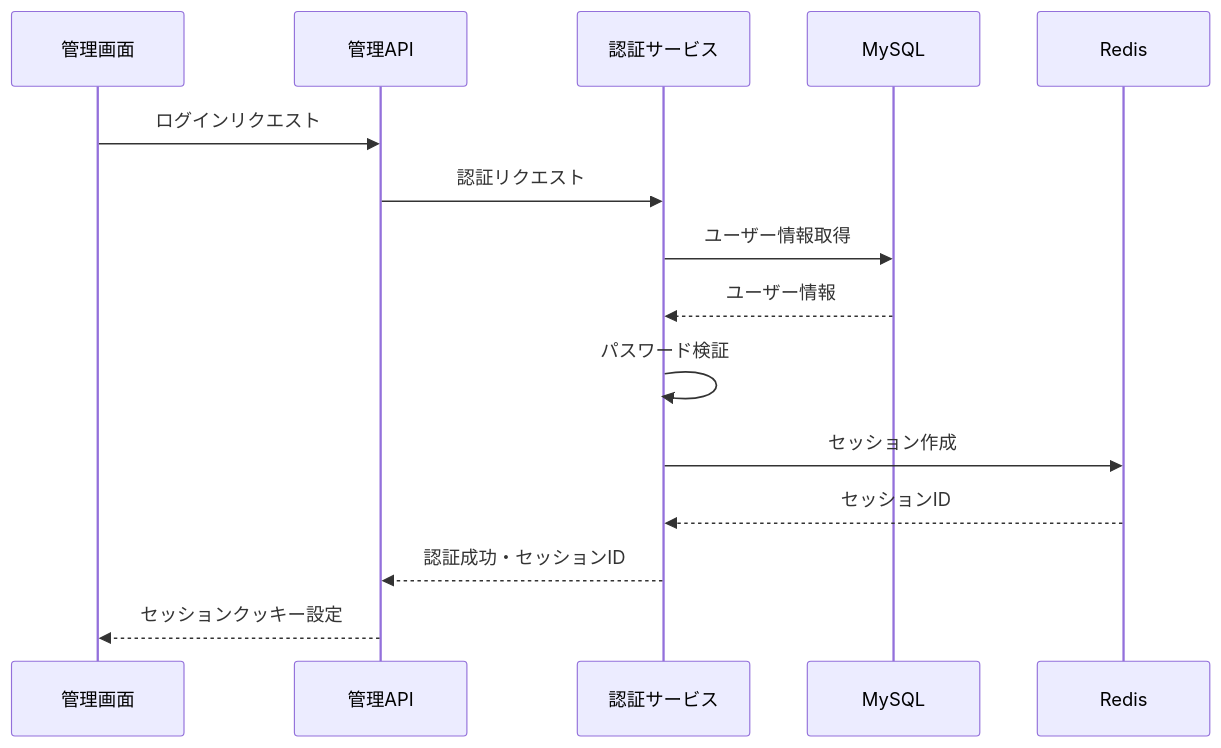
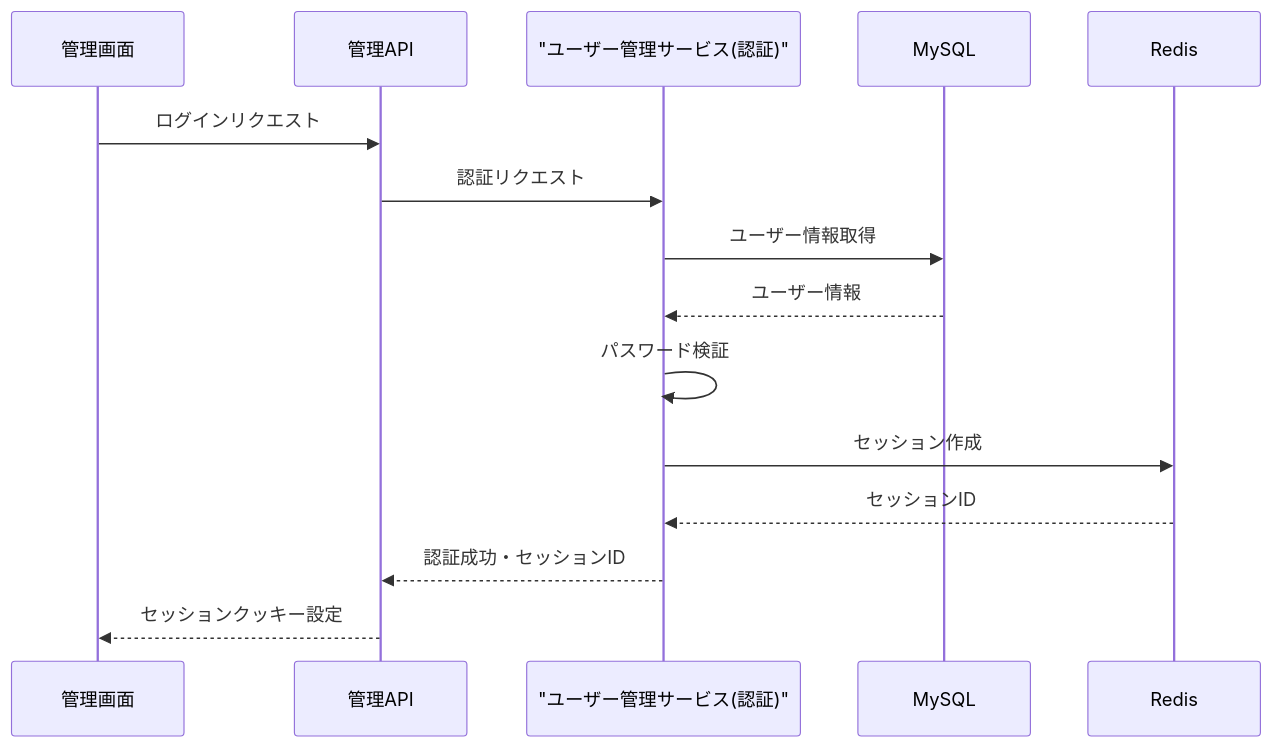
One commit to kencom2400/MrWebDefence-Design changed the fifth of 5 diagrams in DESIGN.md. Above: the diagram before and after it, drawn with Mermaid. The commit also changed other lines of this file and 1 other file, not shown here.

````diff
--- a/DESIGN.md
+++ b/DESIGN.md
@@ -635,18 +641,18 @@
 ```mermaid
 sequenceDiagram
     participant UI as 管理画面
     participant API as 管理API
-    participant Auth as 認証サービス
+    participant UserService as "ユーザー管理サービス(認証)"
     participant DB as MySQL
     participant Redis as Redis
 
     UI->>API: ログインリクエスト
-    API->>Auth: 認証リクエスト
-    Auth->>DB: ユーザー情報取得
-    DB-->>Auth: ユーザー情報
-    Auth->>Auth: パスワード検証
-    Auth->>Redis: セッション作成
-    Redis-->>Auth: セッションID
-    Auth-->>API: 認証成功・セッションID
+    API->>UserService: 認証リクエスト
+    UserService->>DB: ユーザー情報取得
+    DB-->>UserService: ユーザー情報
+    UserService->>UserService: パスワード検証
+    UserService->>Redis: セッション作成
+    Redis-->>UserService: セッションID
+    UserService-->>API: 認証成功・セッションID
     API-->>UI: セッションクッキー設定
 ```
````
